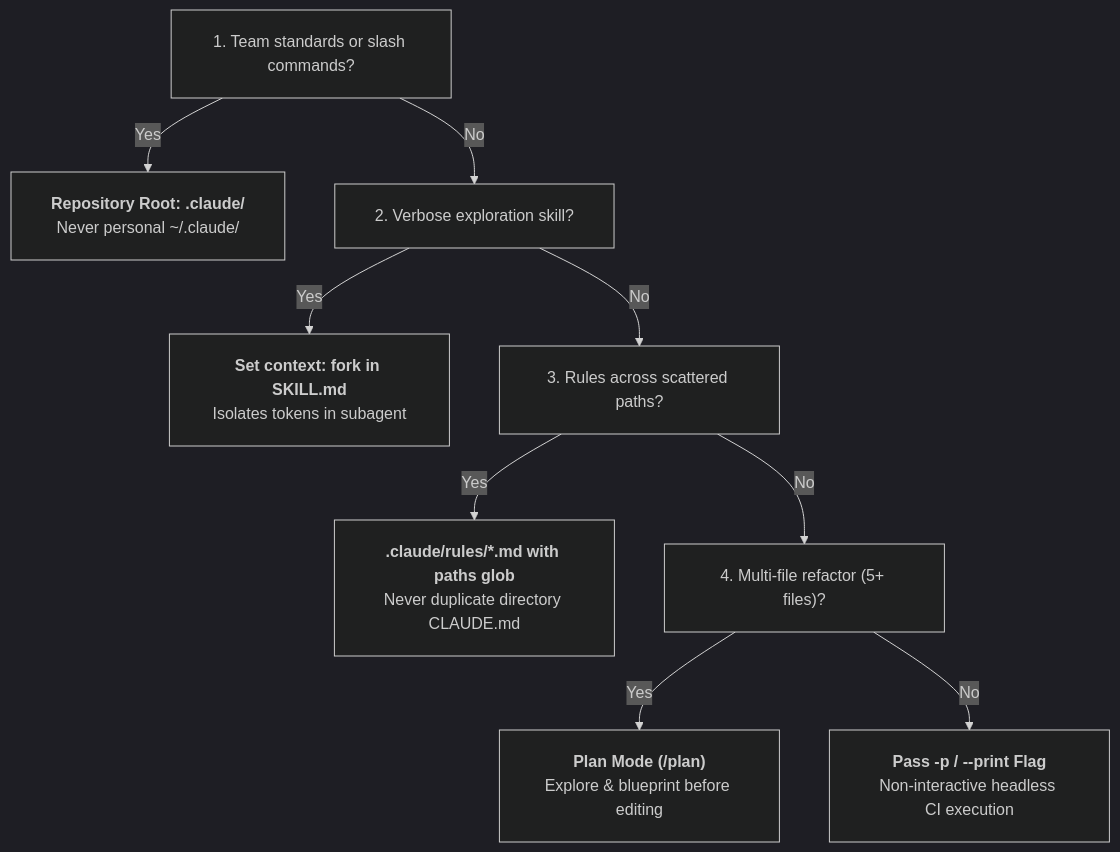
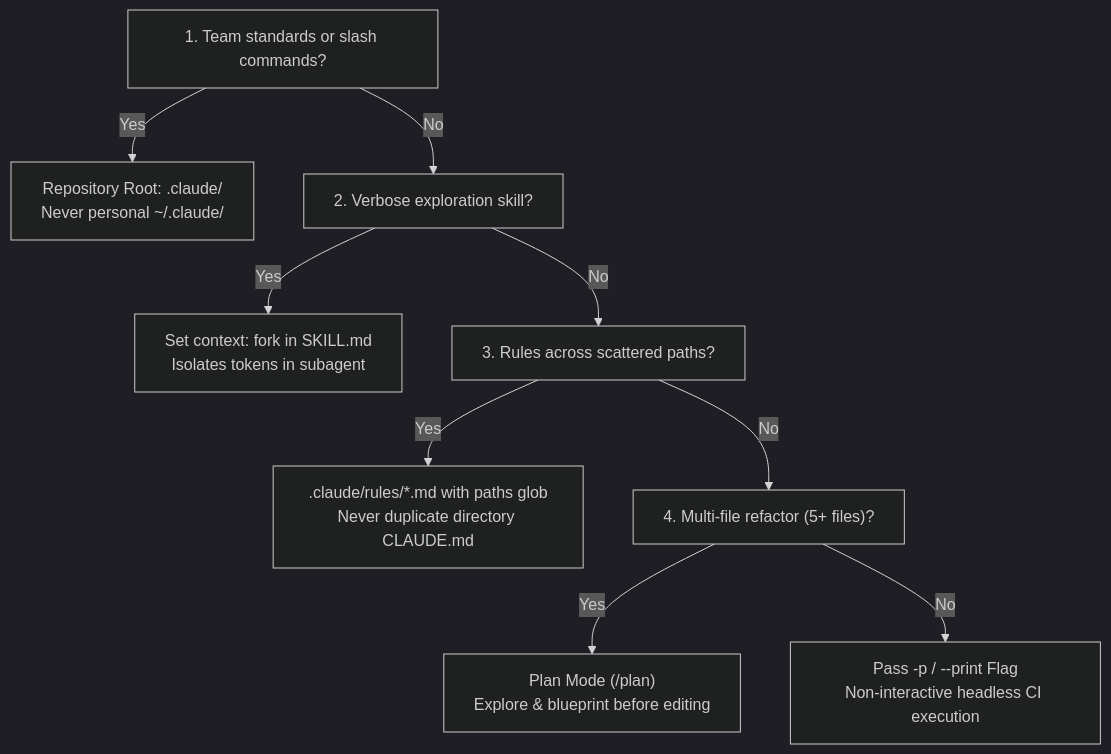
Before and after one commit to dip4k/claude_cert_architect_foundation_prep: the diagram in domain3/README.md, drawn with Mermaid (dark theme). The commit also changed 31 other files, not shown here.

First line of the commit message:
docs(diagrams): fix GitHub Mermaid rendering cut-off, wrappingWidth, and entity escapes across all 32 docs

````diff
--- a/domain3/README.md
+++ b/domain3/README.md
@@ -120,12 +120,12 @@
 ```mermaid
-%%{init: {"flowchart": {"htmlLabels": true, "padding": 20}}}%%
+%%{init: {"flowchart": {"htmlLabels": true, "wrappingWidth": 250}}}%%
 flowchart TD
-    Q1["1. Team standards or slash commands?"] -->|Yes| A1["<b>Repository Root: .claude/</b><br/>Never personal ~/.claude/"]
+    Q1["1. Team standards or slash commands?"] -->|Yes| A1["Repository Root: .claude/<br/>Never personal ~/.claude/"]
     Q1 -->|No| Q2["2. Verbose exploration skill?"]
-    Q2 -->|Yes| A2["<b>Set context: fork in SKILL.md</b><br/>Isolates tokens in subagent"]
+    Q2 -->|Yes| A2["Set context: fork in SKILL.md<br/>Isolates tokens in subagent"]
     Q2 -->|No| Q3["3. Rules across scattered paths?"]
-    Q3 -->|Yes| A3["<b>.claude/rules/*.md with paths glob</b><br/>Never duplicate directory CLAUDE.md"]
+    Q3 -->|Yes| A3[".claude/rules/*.md with paths glob<br/>Never duplicate directory CLAUDE.md"]
     Q3 -->|No| Q4["4. Multi-file refactor (5+ files)?"]
-    Q4 -->|Yes| A4["<b>Plan Mode (/plan)</b><br/>Explore & blueprint before editing"]
-    Q4 -->|No| A5["<b>Pass -p / --print Flag</b><br/>Non-interactive headless CI execution"]
+    Q4 -->|Yes| A4["Plan Mode (/plan)<br/>Explore & blueprint before editing"]
+    Q4 -->|No| A5["Pass -p / --print Flag<br/>Non-interactive headless CI execution"]
 ```
````
